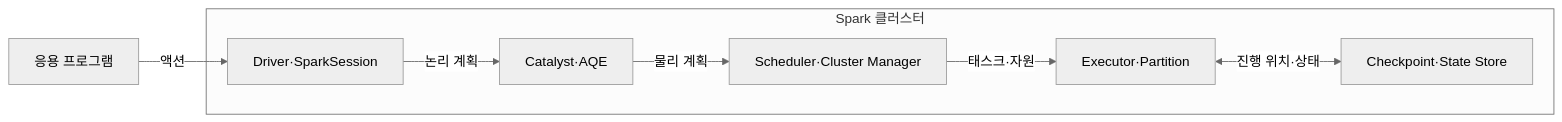
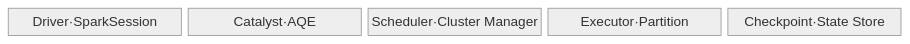
One commit to agnusdei1207/knowledge-base changed the first of 2 diagrams in src/content/docs/notes/03-software/117_apache_spark.md. Above: the diagram before and after it, drawn with Mermaid (neutral theme). The commit also changed other lines of this file and 20 other files, not shown here.

````diff
--- a/src/content/docs/notes/03-software/117_apache_spark.md
+++ b/src/content/docs/notes/03-software/117_apache_spark.md
@@ -70,16 +67,9 @@
 ```mermaid
-flowchart LR
-    U[응용 프로그램]
-    subgraph S[Spark 클러스터]
-        D[Driver·SparkSession]
-        C[Catalyst·AQE]
-        M[Scheduler·Cluster Manager]
-        E[Executor·Partition]
-        P[Checkpoint·State Store]
-        D -->|논리 계획| C
-        C -->|물리 계획| M
-        M -->|태스크·자원| E
-        E <-->|진행 위치·상태| P
-    end
-    U -->|액션| D
+block
+  columns 5
+  D["Driver·SparkSession"]
+  C["Catalyst·AQE"]
+  S["Scheduler·Cluster Manager"]
+  E["Executor·Partition"]
+  P["Checkpoint·State Store"]
 ```
````
